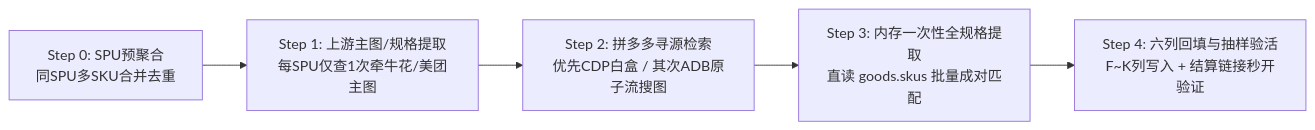
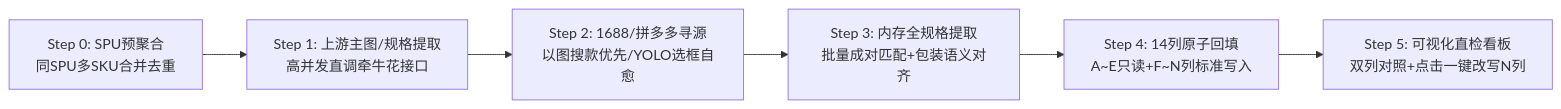
The diagram in references/tasks/sourcing-and-similar-product-matching.md (cycjianai/pddauto), drawn with Mermaid before and after one commit. The commit also changed other lines of this file, not shown here.

````diff
--- a/references/tasks/sourcing-and-similar-product-matching.md
+++ b/references/tasks/sourcing-and-similar-product-matching.md
@@ -11,7 +11,8 @@
 ```mermaid
 flowchart LR
-    S0["Step 0: SPU预聚合<br>同SPU多SKU合并去重"] --> S1["Step 1: 上游主图/规格提取<br>每SPU仅查1次牵牛花/美团主图"]
-    S1 --> S2["Step 2: 拼多多寻源检索<br>优先CDP白盒 / 其次ADB原子流搜图"]
-    S2 --> S3["Step 3: 内存一次性全规格提取<br>直读 goods.skus 批量成对匹配"]
-    S3 --> S4["Step 4: 六列回填与抽样验活<br>F~K列写入 + 结算链接秒开验证"]
+    S0["Step 0: SPU预聚合<br>同SPU多SKU合并去重"] --> S1["Step 1: 上游主图/规格提取<br>高并发直调牵牛花接口"]
+    S1 --> S2["Step 2: 1688/拼多多寻源<br>以图搜款优先/YOLO选框自愈"]
+    S2 --> S3["Step 3: 内存全规格提取<br>批量成对匹配+包装语义对齐"]
+    S3 --> S4["Step 4: 14列原子回填<br>A~E只读+F~N列标准写入"]
+    S4 --> S5["Step 5: 可视化直检看板<br>双列对照+点击一键改写N列"]
 ```
````
